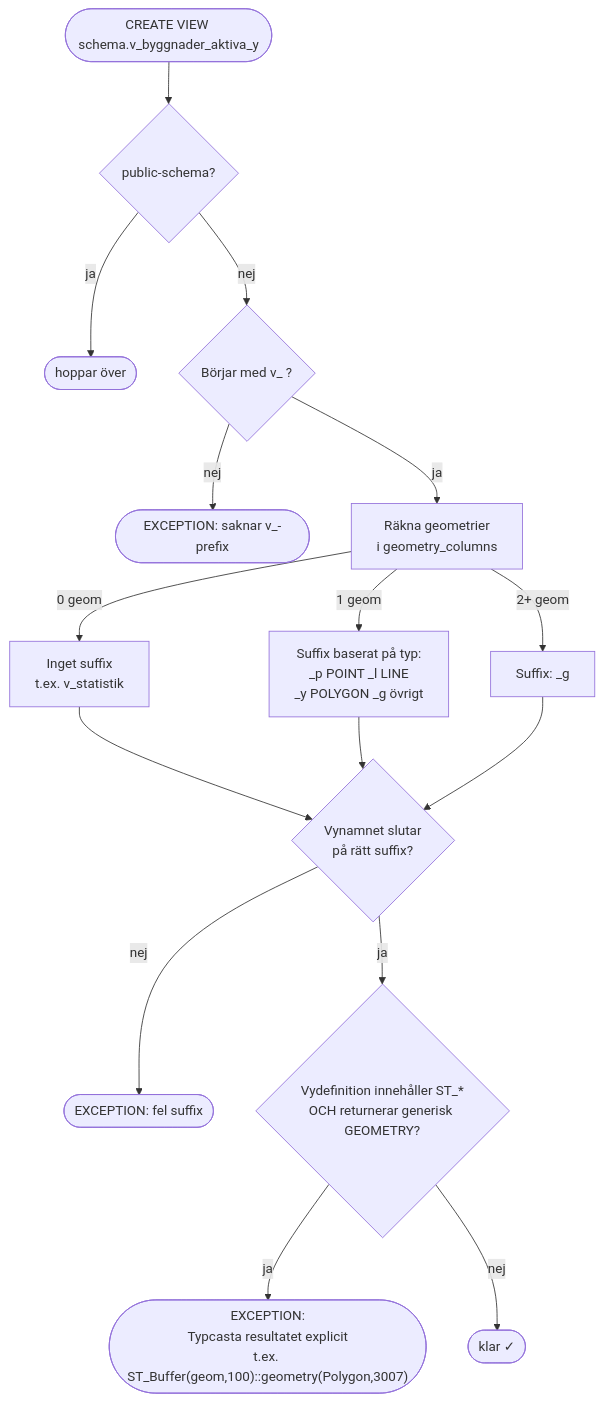
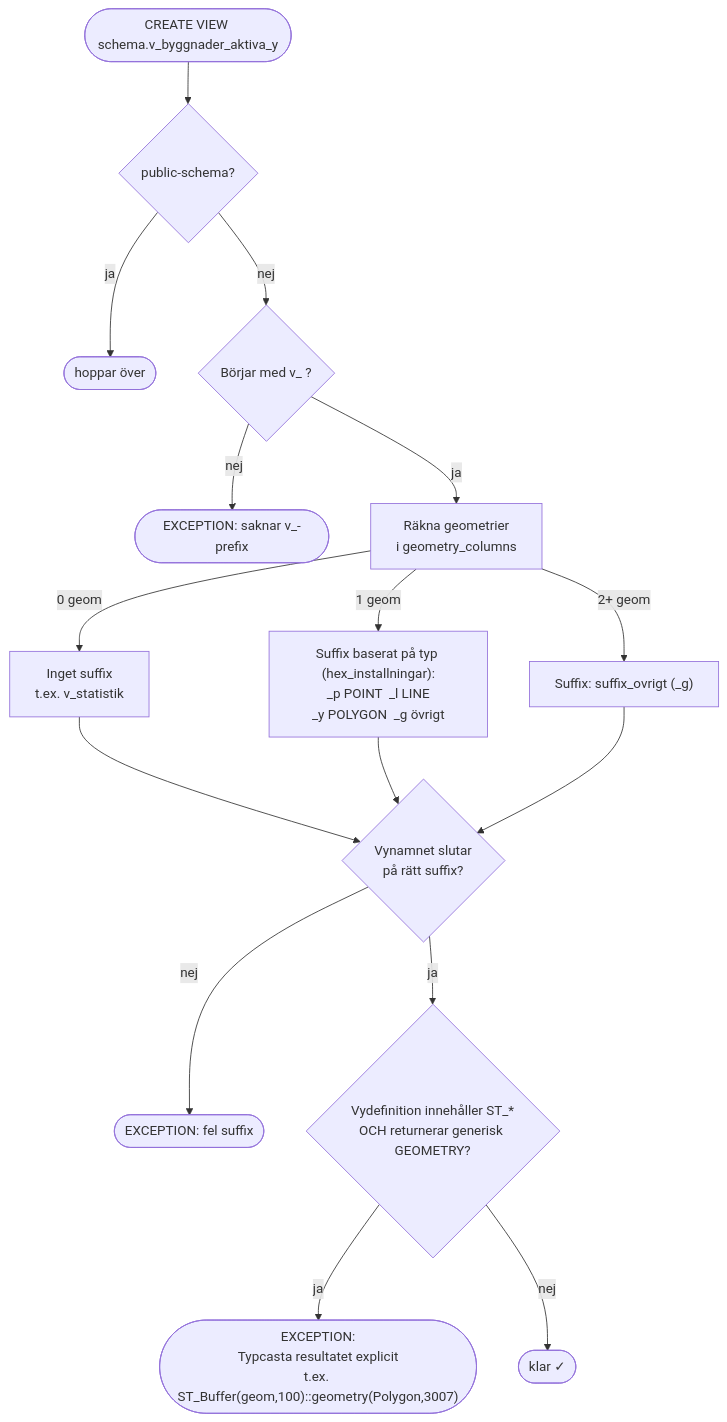
The sixth of 9 diagrams in LOGIC_MAP.md (Geodata-Kungsbacka/Hex), drawn with Mermaid before and after one commit. The commit also changed other lines of this file and 17 other files, not shown here.

````diff
--- a/LOGIC_MAP.md
+++ b/LOGIC_MAP.md
@@ -657,17 +678,17 @@
 ```mermaid
 flowchart TD
     START(["CREATE VIEW schema.v_byggnader_aktiva_y"])
     START --> PUB{"public-schema?"}
     PUB --> |ja| SKIP(["hoppar över"])
     PUB --> |nej| PRE{"Börjar med v_ ?"}
     PRE --> |nej| ERR1(["EXCEPTION: saknar v_-prefix"])
     PRE --> |ja| COUNT["Räkna geometrier<br/>i geometry_columns"]
     COUNT --> |"0 geom"| NOSUF["Inget suffix<br/>t.ex. v_statistik"]
-    COUNT --> |"1 geom"| ONESUF["Suffix baserat på typ:<br/>_p POINT  _l LINE<br/>_y POLYGON  _g övrigt"]
-    COUNT --> |"2+ geom"| GSUF["Suffix: _g"]
+    COUNT --> |"1 geom"| ONESUF["Suffix baserat på typ (hex_installningar):<br/>_p POINT  _l LINE<br/>_y POLYGON  _g övrigt"]
+    COUNT --> |"2+ geom"| GSUF["Suffix: suffix_ovrigt (_g)"]
     NOSUF & ONESUF & GSUF --> SUFCHECK{"Vynamnet slutar<br/>på rätt suffix?"}
     SUFCHECK --> |nej| ERR2(["EXCEPTION: fel suffix"])
     SUFCHECK --> |ja| STCHECK{"Vydefinition innehåller ST_*<br/>OCH returnerar generisk GEOMETRY?"}
     STCHECK --> |ja| ERR3(["EXCEPTION:<br/>Typcasta resultatet explicit<br/>t.ex. ST_Buffer(geom,100)::geometry(Polygon,3007)"])
     STCHECK --> |nej| DONE(["klar ✓"])
 ```
````
